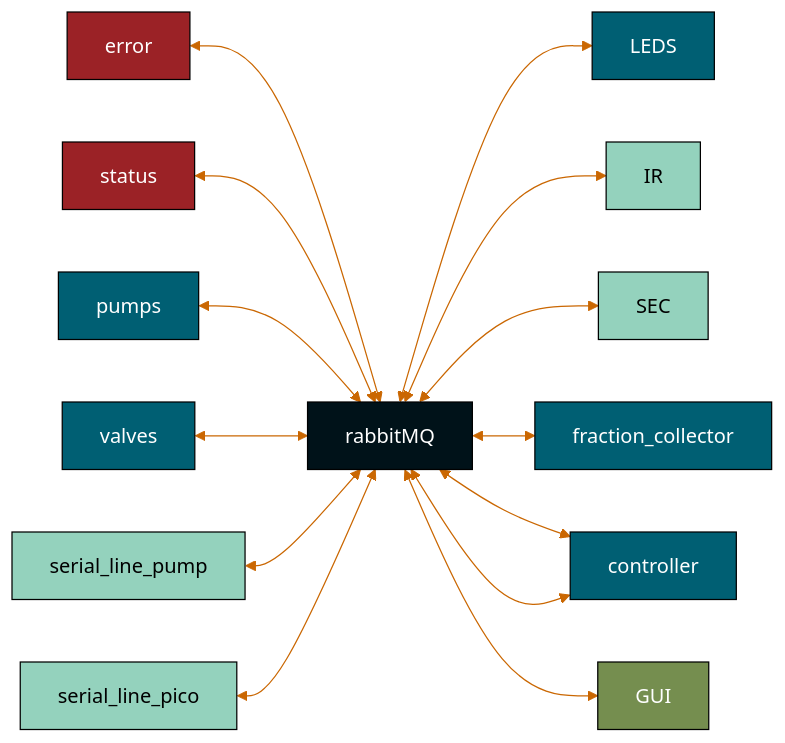
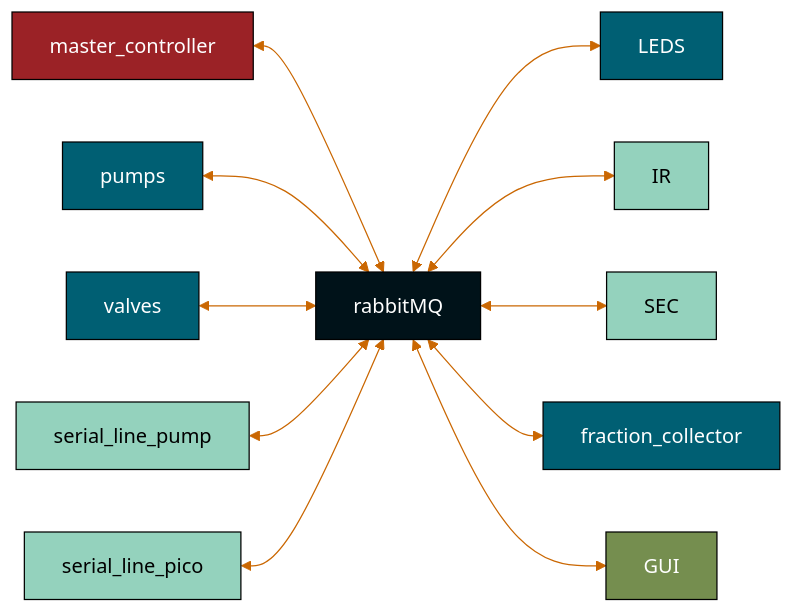
Before and after one commit to dylanwal/ChemBot: the third of 3 diagrams in runs/simple_setup/README.md, drawn with Mermaid. The commit also changed other lines of this file and 11 other files, not shown here.

````diff
--- a/runs/simple_setup/README.md
+++ b/runs/simple_setup/README.md
@@ -184,40 +178,36 @@
 ```mermaid
 %%{
     init: {
     'theme':'base',
     'themeVariables': {
         'background': '#404e4d',
         'fontFamily': 'arial',
         'primaryColor': '#005f73',
         'primaryTextColor': '#ffffff',
         'primaryBorderColor': '#000000',
         'lineColor': '#ca6702',
         'tertiaryColor': '#fdf0d5',
         'tertiaryTextColor': '#000000'
     }
     }
 }%%
 flowchart LR
 
     rabbitMQ:::rabbit    
-    error:::error <--> rabbitMQ
-    status:::error <--> rabbitMQ
-    controller <--> rabbitMQ
+    master_controller:::error <--> rabbitMQ
     pumps <--> rabbitMQ
     valves <--> rabbitMQ
     serial_line_pump:::output <--> rabbitMQ
     serial_line_pico:::output <--> rabbitMQ
     rabbitMQ <--> LEDS
     rabbitMQ <--> IR:::output
     rabbitMQ <--> SEC:::output
     rabbitMQ <--> fraction_collector
-     
-    rabbitMQ <--> controller
     rabbitMQ <--> GUI:::GUI
     
     classDef rabbit fill:#001219
     classDef chem fill:#758E4F
     classDef GUI fill:#758E4F
     classDef error fill:#9b2226
     classDef output fill:#94d2bd,color:#000000
 ```
````
